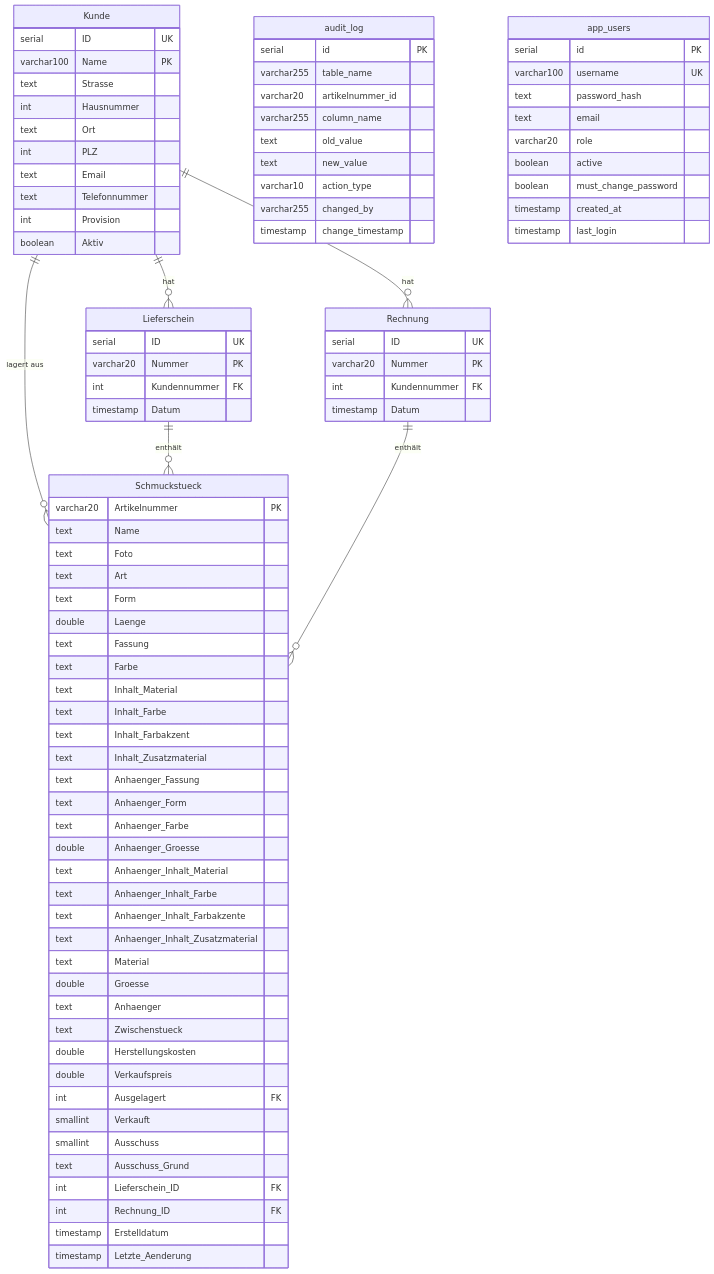
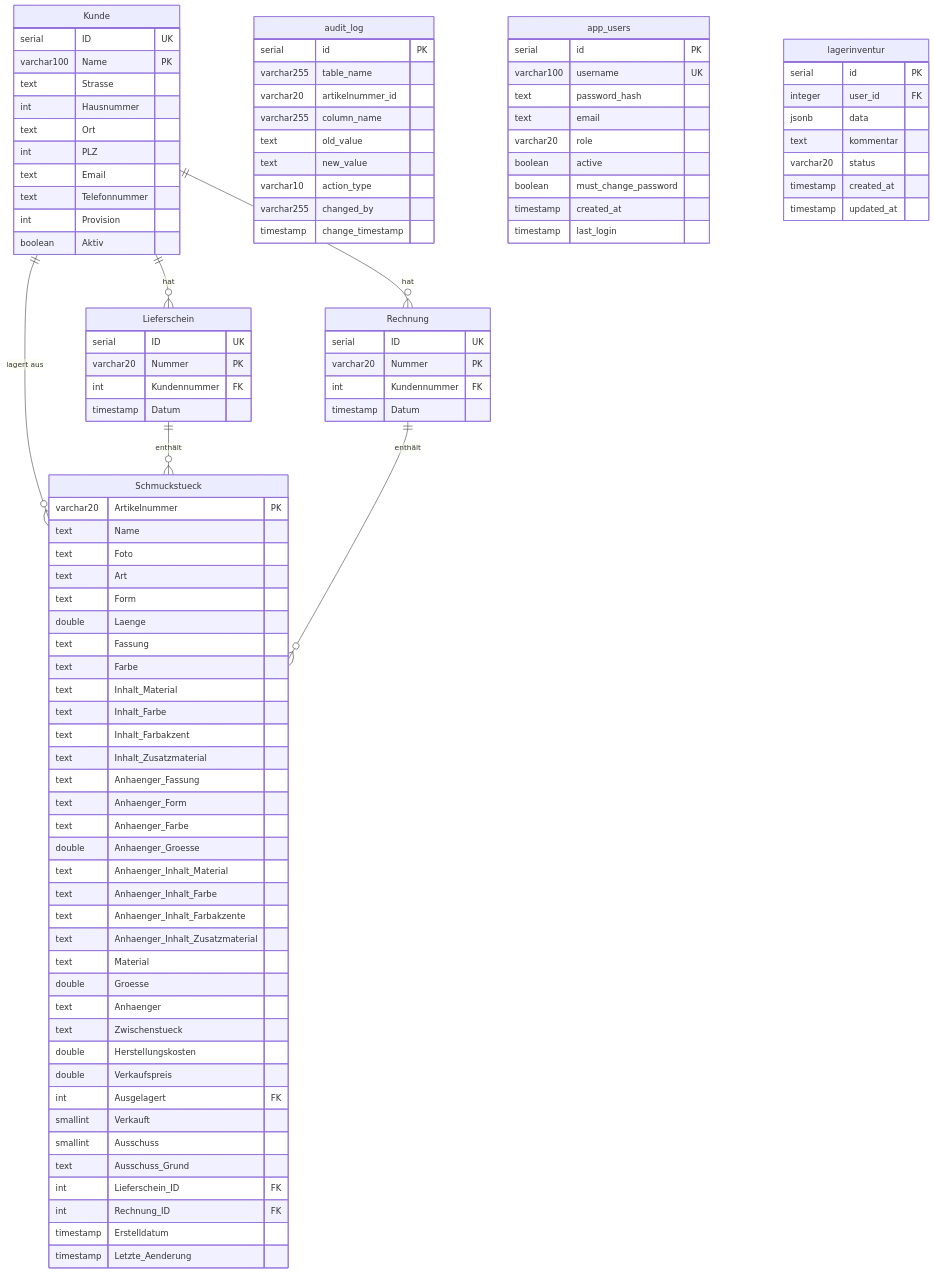
One commit to Revilo91/GoldRegenDB_Web changed the diagram in .github/copilot-instructions.md. Above: the diagram before and after it, drawn with Mermaid. The commit also changed other lines of this file, not shown here.

````diff
--- a/.github/copilot-instructions.md
+++ b/.github/copilot-instructions.md
@@ -106,4 +106,14 @@
         timestamp created_at
         timestamp last_login
     }
+
+    lagerinventur {
+        serial id PK
+        integer user_id FK
+        jsonb data
+        text kommentar
+        varchar20 status
+        timestamp created_at
+        timestamp updated_at
+    }
 ```
````
